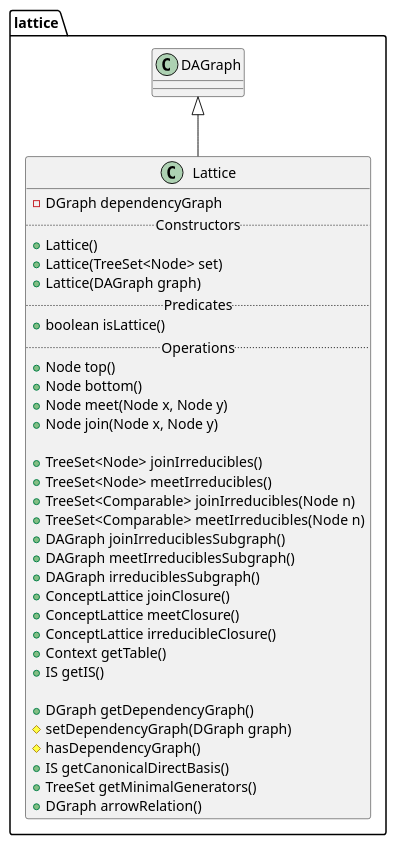
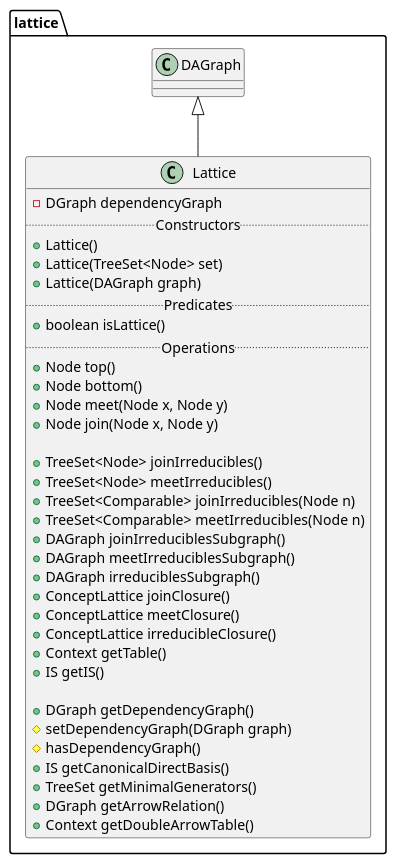
One commit to thegalactic/java-lattices changed the diagram in src/lattice/Lattice.iuml. Above: the diagram before and after it, drawn with PlantUML. The commit also changed 11 other files, not shown here.

```diff
--- a/src/lattice/Lattice.iuml
+++ b/src/lattice/Lattice.iuml
@@ -1,38 +1,39 @@
 package lattice {
     class Lattice {
         -DGraph dependencyGraph
         .. Constructors ..
         +Lattice()
         +Lattice(TreeSet<Node> set)
         +Lattice(DAGraph graph)
         .. Predicates ..
         +boolean isLattice()
         .. Operations ..
         +Node top()
         +Node bottom()
         +Node meet(Node x, Node y)
         +Node join(Node x, Node y)
 
         +TreeSet<Node> joinIrreducibles()
         +TreeSet<Node> meetIrreducibles()
         +TreeSet<Comparable> joinIrreducibles(Node n)
         +TreeSet<Comparable> meetIrreducibles(Node n)
         +DAGraph joinIrreduciblesSubgraph()
         +DAGraph meetIrreduciblesSubgraph()
         +DAGraph irreduciblesSubgraph()
         +ConceptLattice joinClosure()
         +ConceptLattice meetClosure()
         +ConceptLattice irreducibleClosure()
         +Context getTable()
         +IS getIS()
 
         +DGraph getDependencyGraph()
         #setDependencyGraph(DGraph graph)
         #hasDependencyGraph()
         +IS getCanonicalDirectBasis()
         +TreeSet getMinimalGenerators()
-        +DGraph arrowRelation()
+        +DGraph getArrowRelation()
+        +Context getDoubleArrowTable()
     }
 
     DAGraph <|-- Lattice
 }
```
